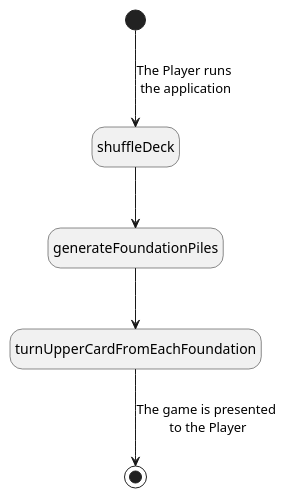
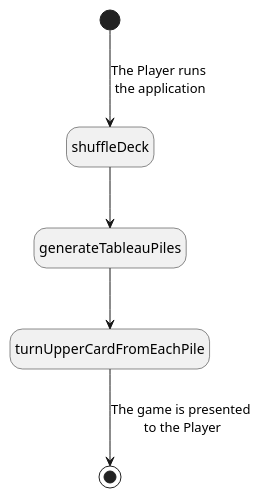
Before and after one commit to Troteaga/klondike: the second of 15 diagrams in docs/UseCases.plantuml, drawn with PlantUML. The commit also changed other lines of this file, not shown here.

```diff
--- a/docs/UseCases.plantuml
+++ b/docs/UseCases.plantuml
@@ -8,8 +8,8 @@
 @startuml Player Starts Game
 hide empty description
 
 [*] --> shuffleDeck : The Player runs \nthe application
-shuffleDeck --> generateFoundationPiles
-generateFoundationPiles --> turnUpperCardFromEachFoundation
-turnUpperCardFromEachFoundation --> [*] : The game is presented \nto the Player
+shuffleDeck --> generateTableauPiles
+generateTableauPiles --> turnUpperCardFromEachPile
+turnUpperCardFromEachPile --> [*] : The game is presented \nto the Player
 @enduml
```
